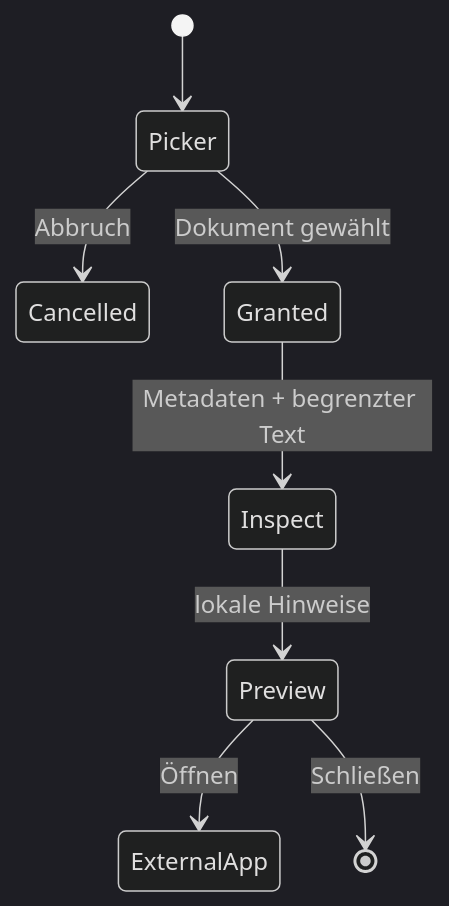
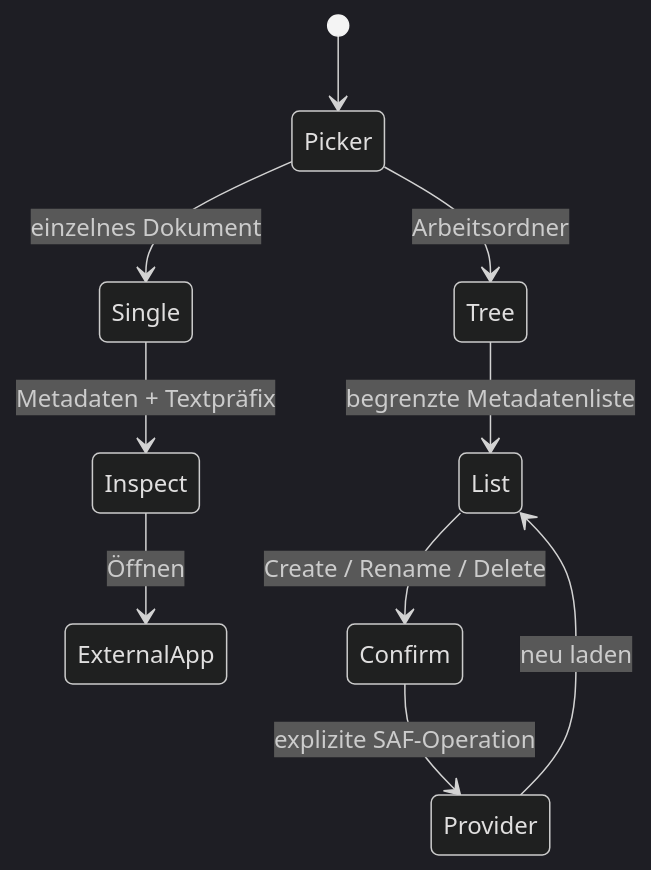
One commit to chekento/kosch-ai-android changed the third of 6 diagrams in docs/ARCHITECTURE.md. Above: the diagram before and after it, drawn with Mermaid (dark theme). The commit also changed other lines of this file and 16 other files, not shown here.

````diff
--- a/docs/ARCHITECTURE.md
+++ b/docs/ARCHITECTURE.md
@@ -78,10 +84,12 @@
 ```mermaid
 stateDiagram-v2
     [*] --> Picker
-    Picker --> Cancelled: Abbruch
-    Picker --> Granted: Dokument gewählt
-    Granted --> Inspect: Metadaten + begrenzter Text
-    Inspect --> Preview: lokale Hinweise
-    Preview --> ExternalApp: Öffnen
-    Preview --> [*]: Schließen
+    Picker --> Single: einzelnes Dokument
+    Picker --> Tree: Arbeitsordner
+    Single --> Inspect: Metadaten + Textpräfix
+    Tree --> List: begrenzte Metadatenliste
+    List --> Confirm: Create / Rename / Delete
+    Confirm --> Provider: explizite SAF-Operation
+    Inspect --> ExternalApp: Öffnen
+    Provider --> List: neu laden
 ```
````
